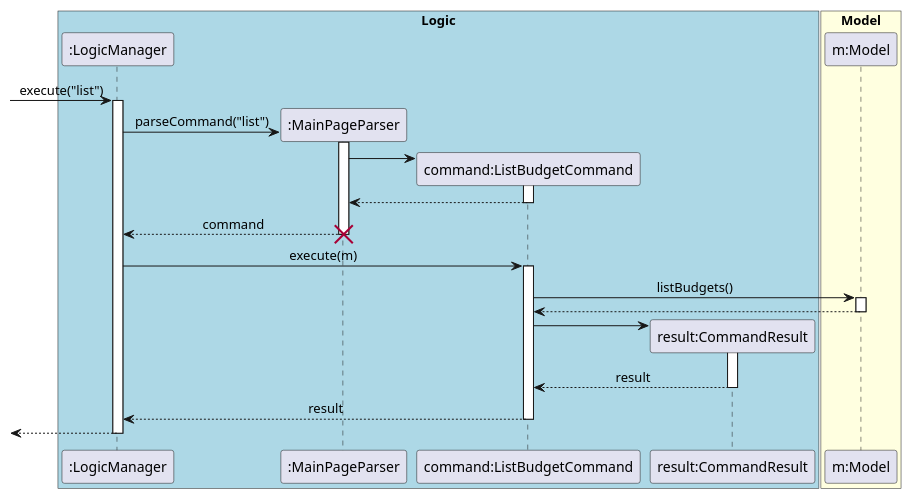
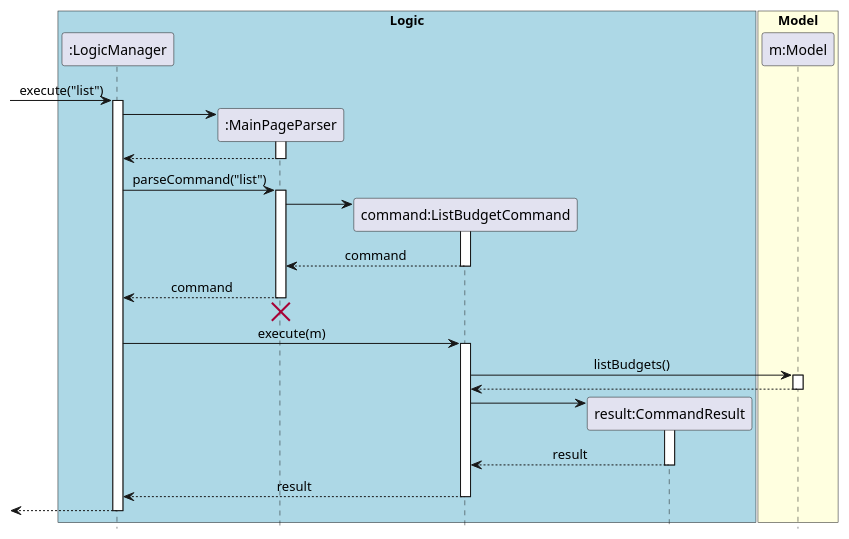
Before and after one commit to yu-ming-chen/tp: the diagram in docs/diagrams/commandsPlantUML/ListBudgetCommand.puml, drawn with PlantUML. The commit also changed 12 other files, not shown here.

Commit message:
Update find and list command PUML diagrams

```diff
--- a/docs/diagrams/commandsPlantUML/ListBudgetCommand.puml
+++ b/docs/diagrams/commandsPlantUML/ListBudgetCommand.puml
@@ -1,51 +1,59 @@
 @startuml
+hide footbox
 skinparam Sequence {
     MessageAlign center
 }
 box "Logic" #LightBlue
 participant ":LogicManager" as LM
 participant ":MainPageParser" as MPP
 participant "command:ListBudgetCommand" as LBC
 participant "result:CommandResult" as CR
 end box
 
 box "Model" #LightYellow
 participant "m:Model" as M
 end box
 
 [-> LM : execute("list")
 activate LM
 create MPP
+LM -> MPP
+activate MPP
+LM <-- MPP
+deactivate MPP
+
 LM -> MPP : parseCommand("list")
 activate MPP
 
 create LBC
 MPP -> LBC
 activate LBC
-MPP <-- LBC
+MPP <-- LBC : command
 deactivate LBC
 LM <-- MPP : command
+
+deactivate MPP
+LM <-[hidden]- MPP
 destroy MPP
 
-deactivate MPP
 LM -> LBC : execute(m)
 activate LBC
 
 LBC -> M : listBudgets()
 activate M
 LBC <-- M
 deactivate M
 
 create CR
 LBC -> CR
 activate CR
 LBC <-- CR : result
 deactivate CR
 
 LM <-- LBC : result
 deactivate LBC
 
 [<-- LM
 deactivate LM
 
 @enduml
```
